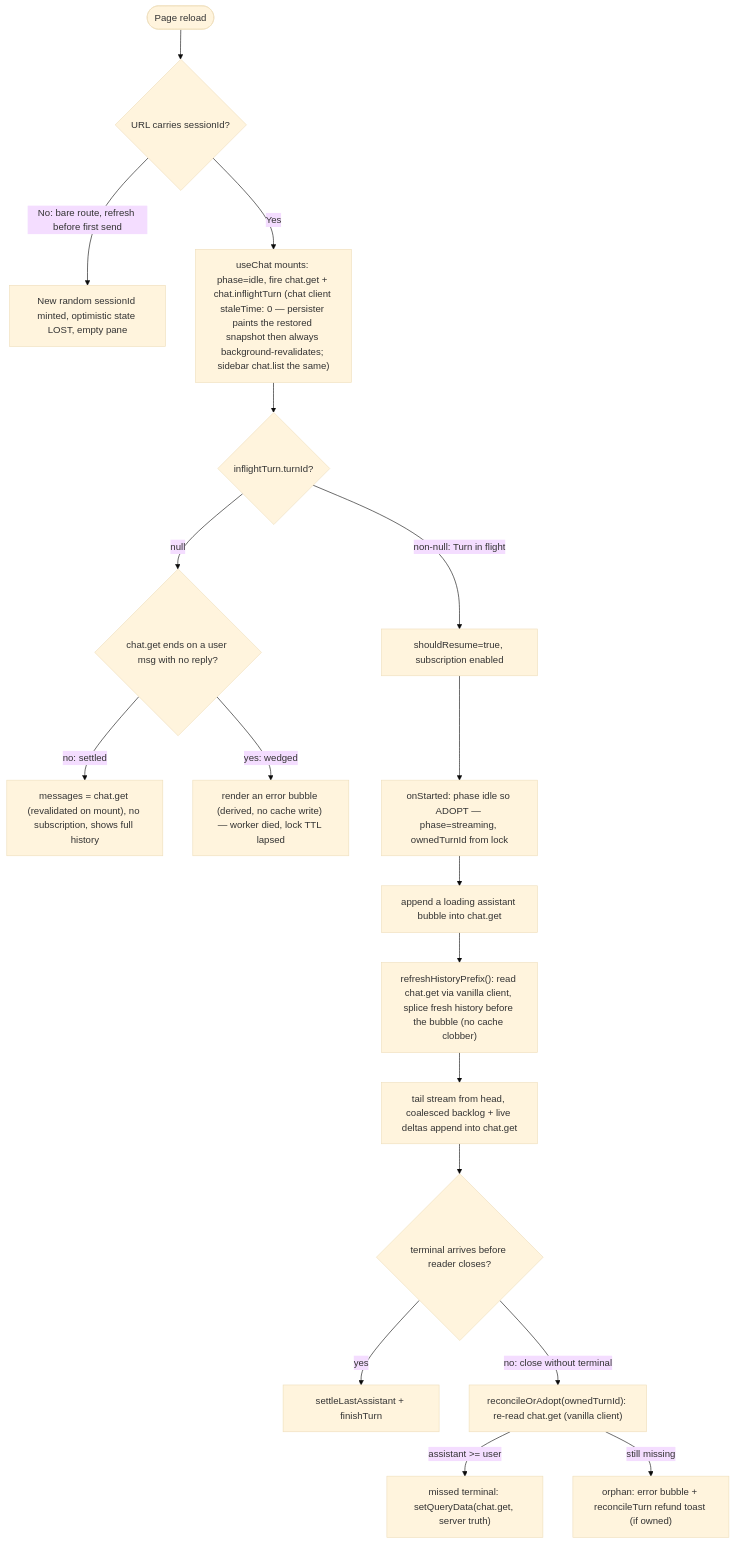
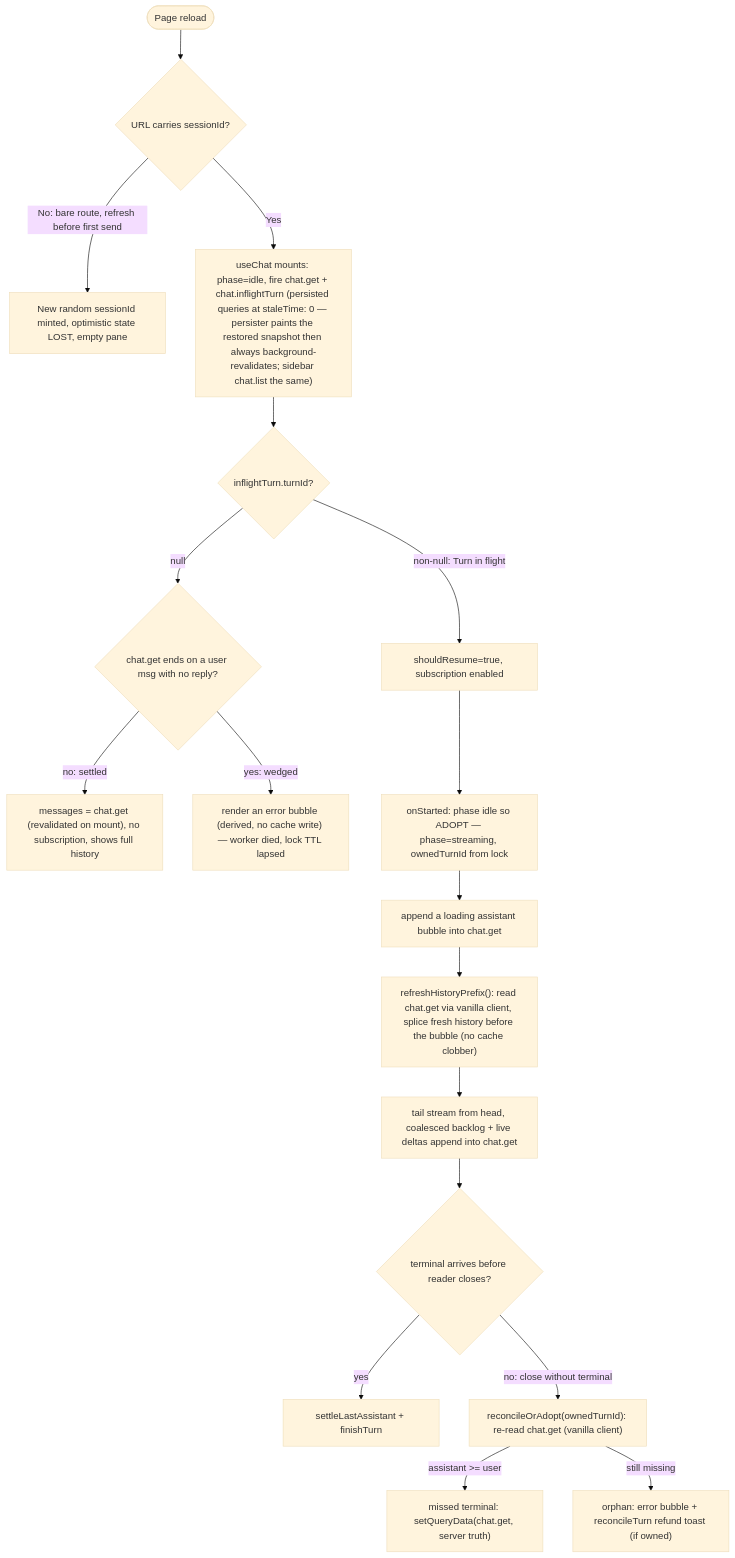
The diagram in packages/features/chat/docs/chat-flow-refresh.mermaid (regybean/Trellis), drawn with Mermaid (base theme) before and after one commit. The commit also changed 35 other files, not shown here.

```diff
--- a/packages/features/chat/docs/chat-flow-refresh.mermaid
+++ b/packages/features/chat/docs/chat-flow-refresh.mermaid
@@ -1,21 +1,21 @@
 flowchart TD
     RELOAD([Page reload]) --> URLQ{URL carries sessionId?}
     URLQ -->|"No: bare route, refresh before first send"| NEW["New random sessionId minted, optimistic state LOST, empty pane"]
-    URLQ -->|Yes| MOUNT["useChat mounts: phase=idle, fire chat.get + chat.inflightTurn (chat client staleTime: 0 — persister paints the restored snapshot then always background-revalidates; sidebar chat.list the same)"]
+    URLQ -->|Yes| MOUNT["useChat mounts: phase=idle, fire chat.get + chat.inflightTurn (persisted queries at staleTime: 0 — persister paints the restored snapshot then always background-revalidates; sidebar chat.list the same)"]
 
     MOUNT --> INFQ{inflightTurn.turnId?}
 
     INFQ -->|"null"| DANGLE{chat.get ends on a user msg with no reply?}
     DANGLE -->|"no: settled"| DONE["messages = chat.get (revalidated on mount), no subscription, shows full history"]
     DANGLE -->|"yes: wedged"| WEDGE["render an error bubble (derived, no cache write) — worker died, lock TTL lapsed"]
 
     INFQ -->|"non-null: Turn in flight"| RESUME["shouldResume=true, subscription enabled"]
     RESUME --> STARTED["onStarted: phase idle so ADOPT — phase=streaming, ownedTurnId from lock"]
     STARTED --> SEED["append a loading assistant bubble into chat.get"]
     SEED --> ADOPT["refreshHistoryPrefix(): read chat.get via vanilla client, splice fresh history before the bubble (no cache clobber)"]
     ADOPT --> TAIL["tail stream from head, coalesced backlog + live deltas append into chat.get"]
     TAIL --> TERM{terminal arrives before reader closes?}
     TERM -->|yes| SETTLEOK["settleLastAssistant + finishTurn"]
     TERM -->|"no: close without terminal"| ORPHANCHK["reconcileOrAdopt(ownedTurnId): re-read chat.get (vanilla client)"]
     ORPHANCHK -->|"assistant >= user"| ADOPTSRV["missed terminal: setQueryData(chat.get, server truth)"]
     ORPHANCHK -->|still missing| ORPHAN["orphan: error bubble + reconcileTurn refund toast (if owned)"]
```
